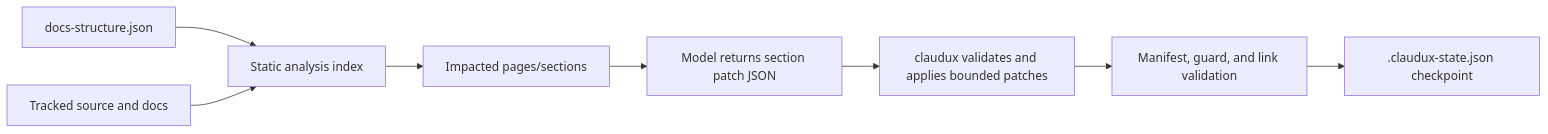
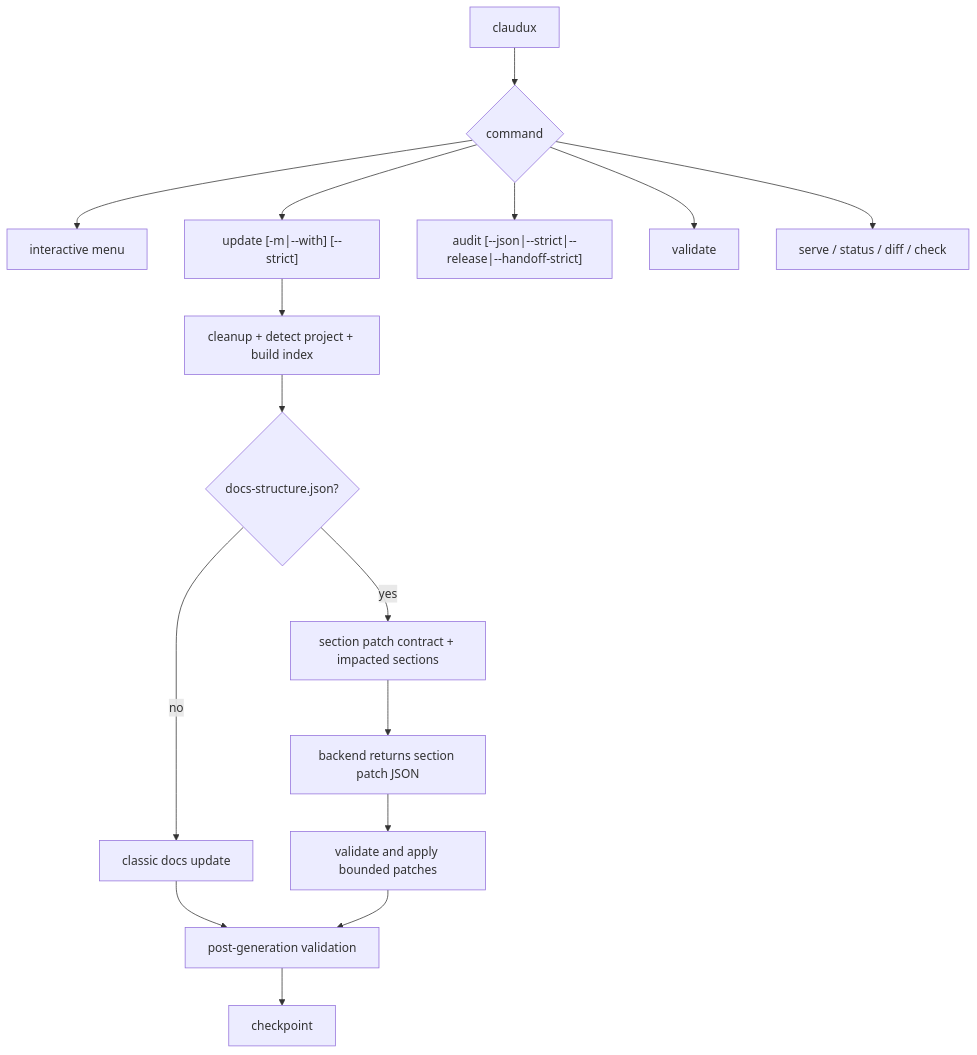
One commit to firstbitelabsllc/claudux changed the diagram in README.md. Above: the diagram before and after it, drawn with Mermaid. The commit also changed other lines of this file and 5 other files, not shown here.

Commit message:
fix: harden claudux section patch regen

````diff
--- a/README.md
+++ b/README.md
@@ -72,10 +62,19 @@
 ```mermaid
-flowchart LR
-    MANIFEST["docs-structure.json"] --> INDEX["Static analysis index"]
-    CODE["Tracked source and docs"] --> INDEX
-    INDEX --> IMPACT["Impacted pages/sections"]
-    IMPACT --> PATCH["Model returns section patch JSON"]
-    PATCH --> APPLY["claudux validates and applies bounded patches"]
-    APPLY --> GUARD["Manifest, guard, and link validation"]
-    GUARD --> STATE[".claudux-state.json checkpoint"]
+flowchart TD
+    CLI["claudux"] --> COMMAND{"command"}
+    COMMAND --> MENU["interactive menu"]
+    COMMAND --> UPDATE["update [-m|--with] [--strict]"]
+    COMMAND --> AUDIT["audit [--json|--strict|--release|--handoff-strict]"]
+    COMMAND --> VALIDATE["validate"]
+    COMMAND --> SERVE["serve / status / diff / check"]
+
+    UPDATE --> SCAN["cleanup + detect project + build index"]
+    SCAN --> MANIFEST{"docs-structure.json?"}
+    MANIFEST -->|no| CLASSIC["classic docs update"]
+    MANIFEST -->|yes| INDEX["section patch contract + impacted sections"]
+    INDEX --> PATCH["backend returns section patch JSON"]
+    PATCH --> APPLY["validate and apply bounded patches"]
+    CLASSIC --> VERIFY["post-generation validation"]
+    APPLY --> VERIFY
+    VERIFY --> STATE["checkpoint"]
 ```
````
